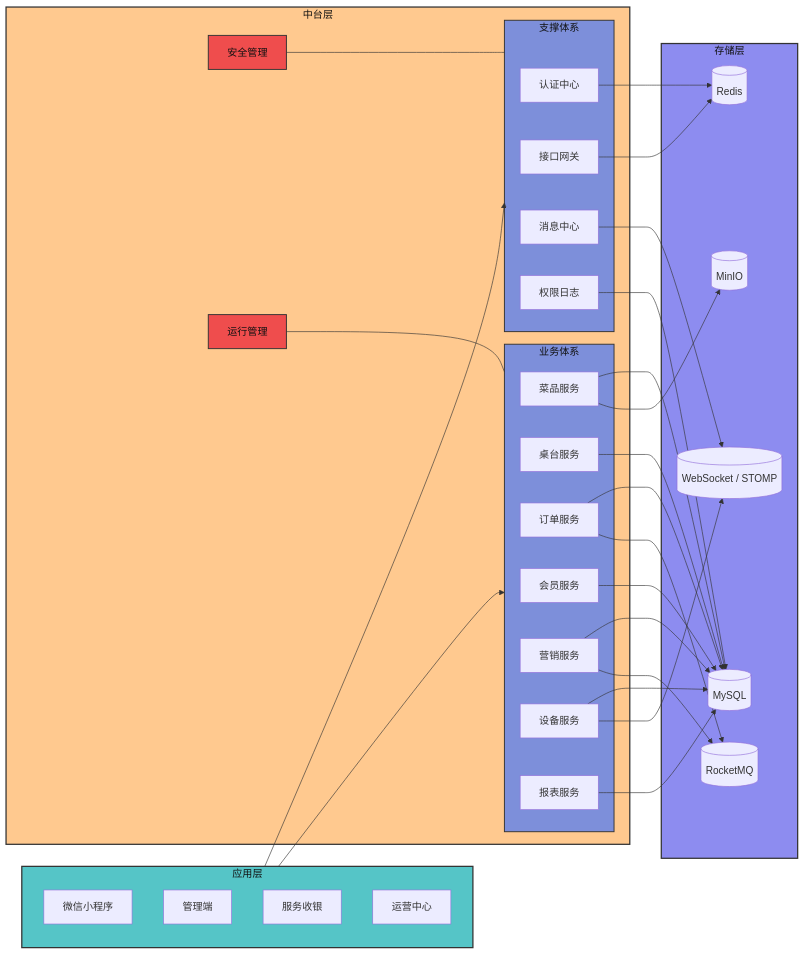
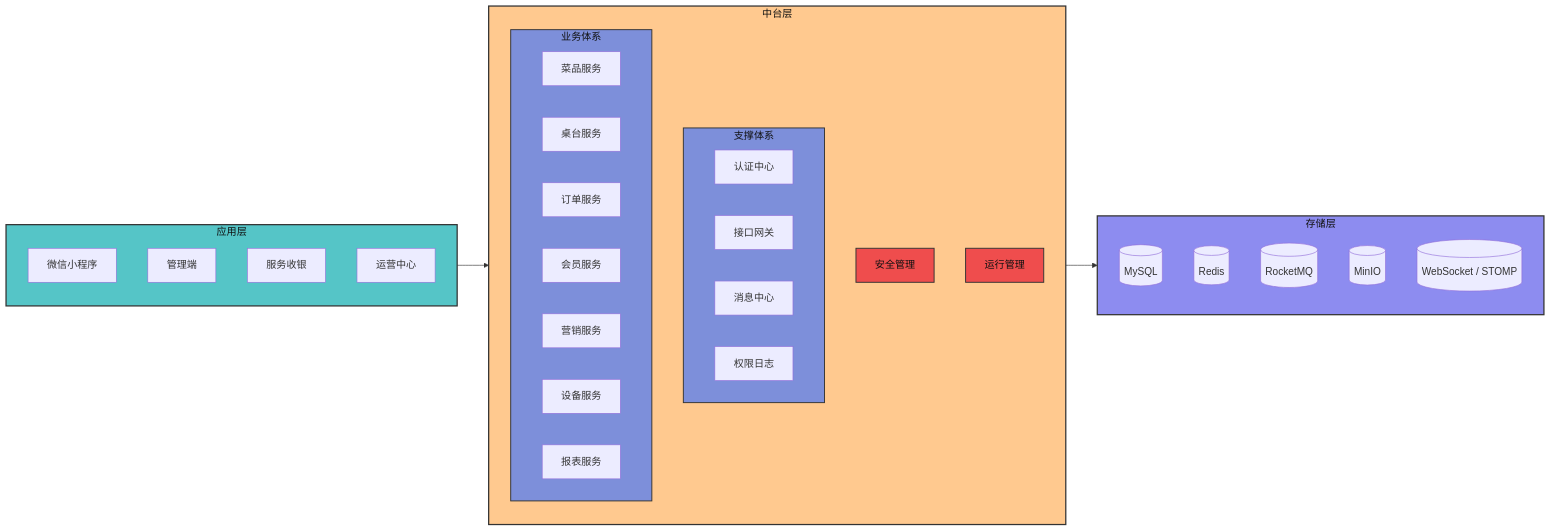
Before and after one commit to meisijiya/DIANCAN-SYSTEM: the second of 3 diagrams in readme.md, drawn with Mermaid. The commit also changed other lines of this file, not shown here.

````diff
--- a/readme.md
+++ b/readme.md
@@ -310,67 +294,50 @@
 ```mermaid
 flowchart LR
     subgraph Top[应用层]
         MINI[微信小程序]
         ADMIN[管理端]
         CASHIER[服务收银]
         MANAGE[运营中心]
     end
 
     subgraph Middle[中台层]
         SAFE[安全管理]
         RUNTIME[运行管理]
 
         subgraph Support[支撑体系]
             S1[认证中心]
             S2[接口网关]
             S3[消息中心]
             S4[权限日志]
         end
 
         subgraph Biz[业务体系]
             B1[菜品服务]
             B2[桌台服务]
             B3[订单服务]
             B4[会员服务]
             B5[营销服务]
             B6[设备服务]
             B7[报表服务]
         end
     end
 
     subgraph Bottom[存储层]
         DB[(MySQL)]
         CACHE[(Redis)]
         ROCKET[(RocketMQ)]
         OSS[(MinIO)]
         PUSH[(WebSocket / STOMP)]
     end
 
-    Top --> Support
-    Top --> Biz
-    SAFE --- Support
-    RUNTIME --- Biz
-    S1 --> CACHE
-    S2 --> CACHE
-    S3 --> PUSH
-    S4 --> DB
-    B1 --> DB
-    B1 --> OSS
-    B2 --> DB
-    B3 --> DB
-    B3 --> ROCKET
-    B4 --> DB
-    B5 --> DB
-    B5 --> ROCKET
-    B6 --> DB
-    B6 --> PUSH
-    B7 --> DB
+    Top --> Middle
+    Middle --> Bottom
 
     style Top fill:#55c5c7,stroke:#333,stroke-width:2px,color:#111
     style Middle fill:#ffc98f,stroke:#333,stroke-width:2px,color:#111
     style Bottom fill:#8d8cf0,stroke:#333,stroke-width:2px,color:#111
     style Support fill:#7d8fda,stroke:#333,stroke-width:1.5px,color:#111
     style Biz fill:#7d8fda,stroke:#333,stroke-width:1.5px,color:#111
     style SAFE fill:#ef4d4d,stroke:#333,stroke-width:1.5px,color:#111
     style RUNTIME fill:#ef4d4d,stroke:#333,stroke-width:1.5px,color:#111
 ```
````
